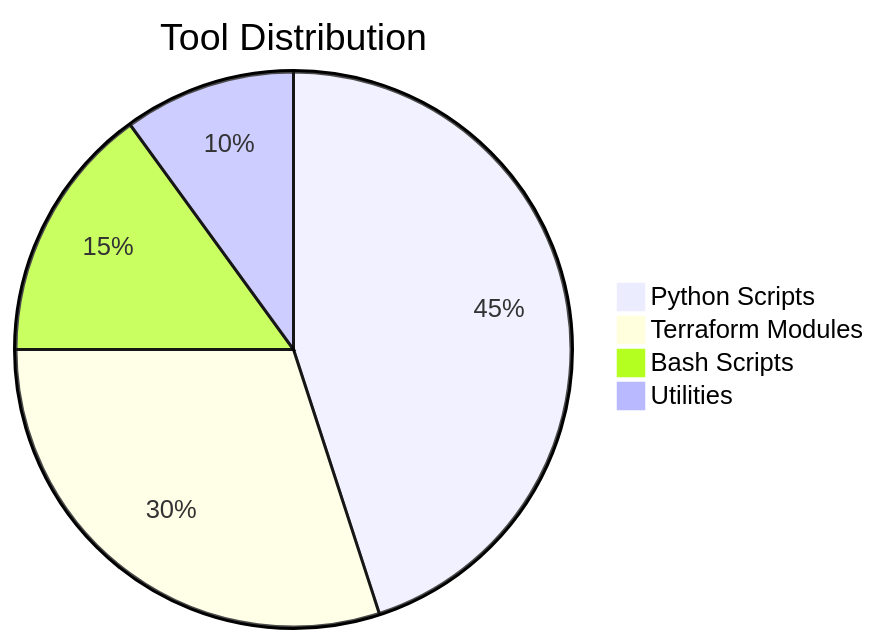
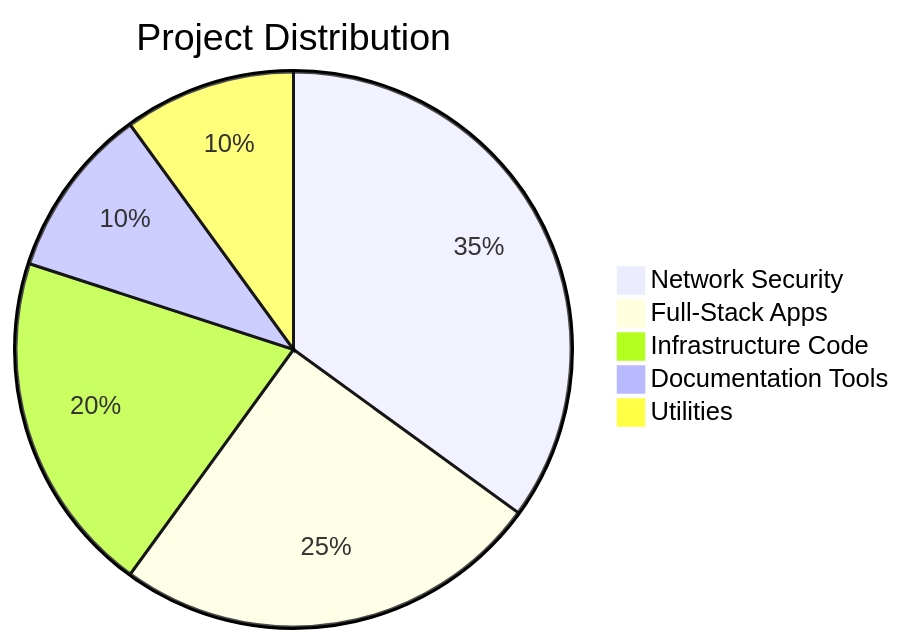
The second of 2 diagrams in README.md (EvanusModestus/platform-tools), drawn with Mermaid before and after one commit. The commit also changed other lines of this file, not shown here.

````diff
--- a/README.md
+++ b/README.md
@@ -251,7 +303,8 @@
 ```mermaid
-pie title Tool Distribution
-    "Python Scripts" : 45
-    "Terraform Modules" : 30
-    "Bash Scripts" : 15
+pie title Project Distribution
+    "Network Security" : 35
+    "Full-Stack Apps" : 25
+    "Infrastructure Code" : 20
+    "Documentation Tools" : 10
     "Utilities" : 10
 ```
````
